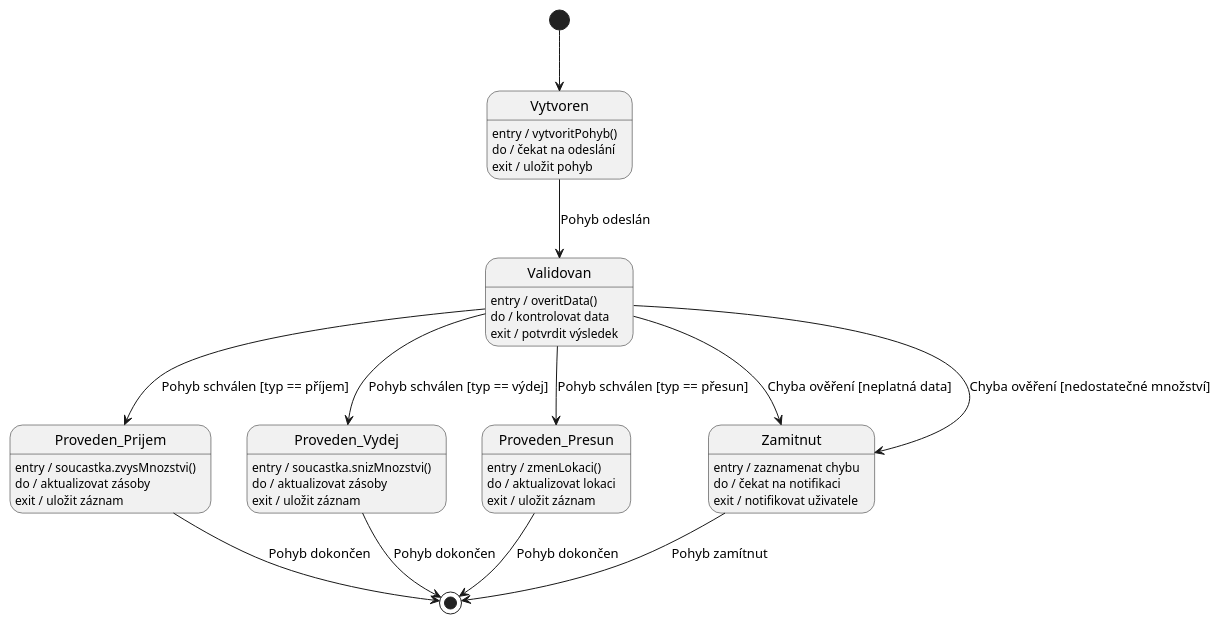
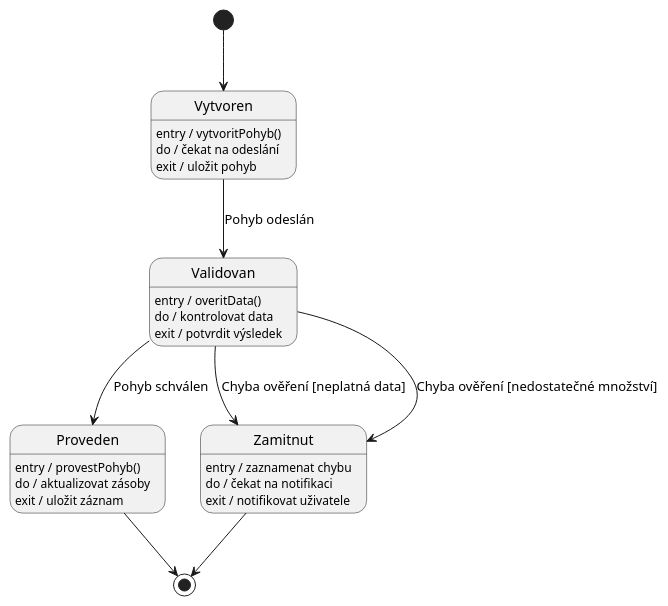
One commit to lkvapil/kOdevzdaniProjektWMS changed the diagram in diagrams/09_state_pohyb_skladu.puml. Above: the diagram before and after it, drawn with PlantUML. The commit also changed 7 other files, not shown here.

Commit message:
Opravy dle zpětné vazby: generalizace UC, polymorfismus, stavové diagramy

```diff
--- a/diagrams/09_state_pohyb_skladu.puml
+++ b/diagrams/09_state_pohyb_skladu.puml
@@ -1,41 +1,34 @@
 @startuml
 top to bottom direction
+
+' Bod 6: míchání stavů podtříd do nadtřídy - pouze jeden stav Proveden
+' Bod 3: zakončovací přechody bez názvu události
 
 [*] --> Vytvoren
 
 Vytvoren : entry / vytvoritPohyb()
 Vytvoren : do / čekat na odeslání
 Vytvoren : exit / uložit pohyb
 Vytvoren --> Validovan : Pohyb odeslán
 
 Validovan : entry / overitData()
 Validovan : do / kontrolovat data
 Validovan : exit / potvrdit výsledek
-Validovan --> Proveden_Prijem : Pohyb schválen [typ == příjem]
-Validovan --> Proveden_Vydej  : Pohyb schválen [typ == výdej]
-Validovan --> Proveden_Presun : Pohyb schválen [typ == přesun]
-Validovan --> Zamitnut        : Chyba ověření [neplatná data]
-Validovan --> Zamitnut        : Chyba ověření [nedostatečné množství]
+Validovan --> Proveden  : Pohyb schválen
+Validovan --> Zamitnut  : Chyba ověření [neplatná data]
+Validovan --> Zamitnut  : Chyba ověření [nedostatečné množství]
 
 Zamitnut : entry / zaznamenat chybu
 Zamitnut : do / čekat na notifikaci
 Zamitnut : exit / notifikovat uživatele
 
-Proveden_Prijem : entry / soucastka.zvysMnozstvi()
-Proveden_Prijem : do / aktualizovat zásoby
-Proveden_Prijem : exit / uložit záznam
+' Proveden – polymorfně spustí provestPohyb() konkrétní podtřídy
+Proveden : entry / provestPohyb()
+Proveden : do / aktualizovat zásoby
+Proveden : exit / uložit záznam
 
-Proveden_Vydej : entry / soucastka.snizMnozstvi()
-Proveden_Vydej : do / aktualizovat zásoby
-Proveden_Vydej : exit / uložit záznam
-
-Proveden_Presun : entry / zmenLokaci()
-Proveden_Presun : do / aktualizovat lokaci
-Proveden_Presun : exit / uložit záznam
-
-Proveden_Prijem --> [*] : Pohyb dokončen
-Proveden_Vydej  --> [*] : Pohyb dokončen
-Proveden_Presun --> [*] : Pohyb dokončen
-Zamitnut        --> [*] : Pohyb zamítnut
+' zakončovací přechody bez názvu události
+Proveden --> [*]
+Zamitnut --> [*]
 
 @enduml
```
